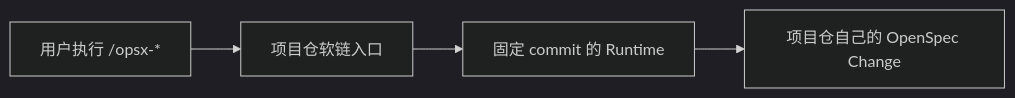
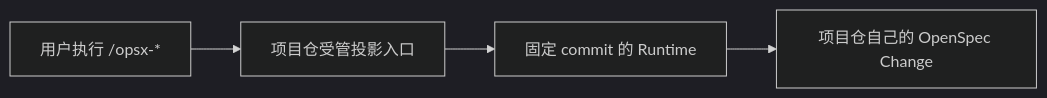
One commit to Eridanus117/delivery-spec-runtime changed the diagram in README.md. Above: the diagram before and after it, drawn with Mermaid (dark theme). The commit also changed other lines of this file and 26 other files, not shown here.

````diff
--- a/README.md
+++ b/README.md
@@ -18,11 +18,11 @@
 ```mermaid
 flowchart LR
     User[用户执行 /opsx-*]
-    Links[项目仓软链入口]
+    Links[项目仓受管投影入口]
     Runtime[固定 commit 的 Runtime]
     Change[项目仓自己的 OpenSpec Change]
 
     User --> Links
     Links --> Runtime
     Runtime --> Change
 ```
````
